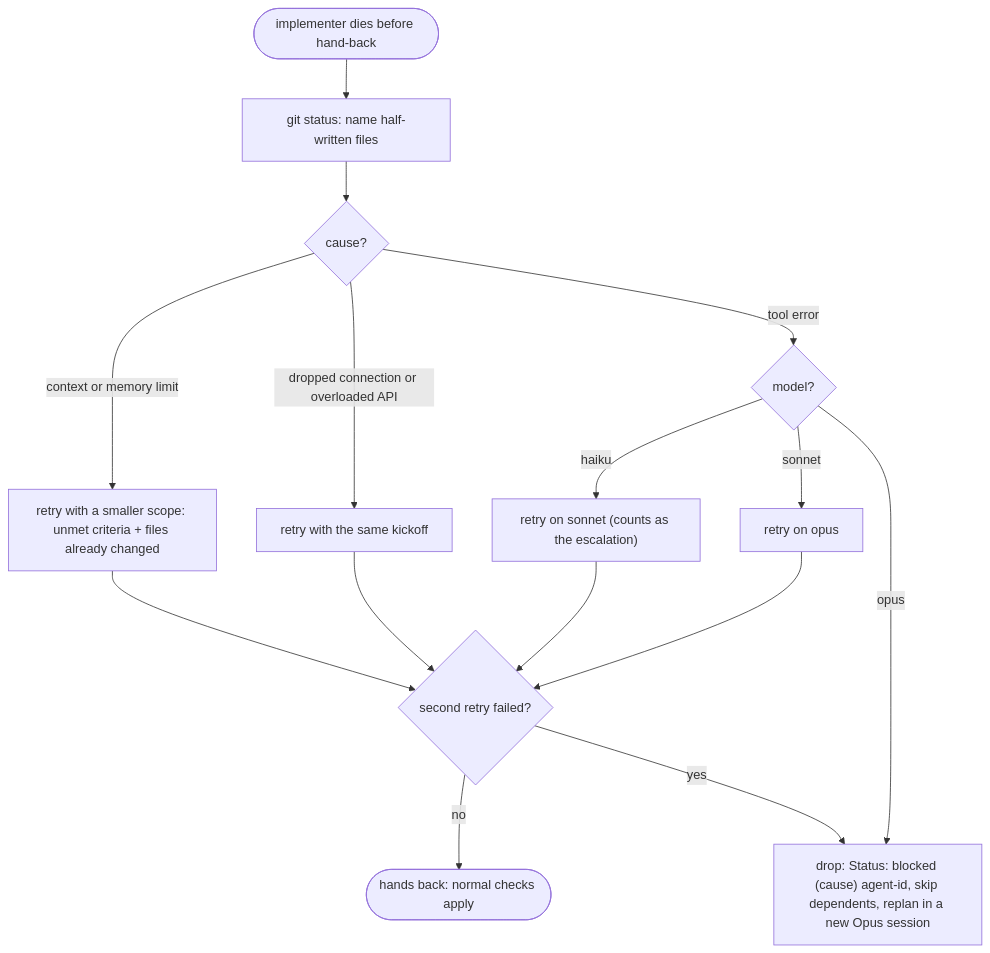
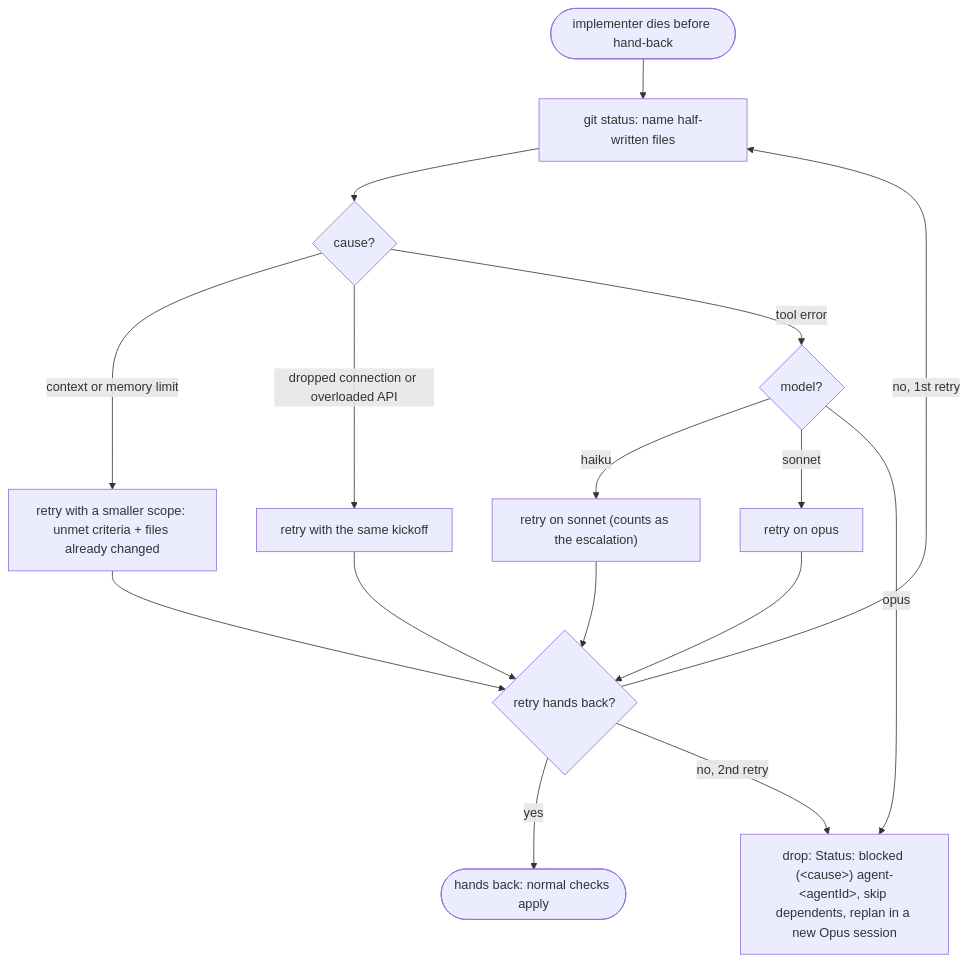
The third of 5 diagrams in README.md (minhhuy1201/hkirito), drawn with Mermaid before and after one commit.

Commit message:
docs: loop retry flowchart back to a second retry
- route a failed first retry back through git status
- keep the blocked record placeholders in the drop node

````diff
--- a/README.md
+++ b/README.md
@@ -162,17 +162,18 @@
 ```mermaid
 flowchart TD
     C(["implementer dies before hand-back"]) --> G["git status: name half-written files"]
     G --> K{"cause?"}
     K -->|"context or memory limit"| A["retry with a smaller scope: unmet criteria + files already changed"]
     K -->|"dropped connection or overloaded API"| B["retry with the same kickoff"]
     K -->|"tool error"| M{"model?"}
     M -->|haiku| M1["retry on sonnet (counts as the escalation)"]
     M -->|sonnet| M2["retry on opus"]
     M -->|opus| D
-    A --> N{"second retry failed?"}
-    B --> N
-    M1 --> N
-    M2 --> N
-    N -->|no| OK(["hands back: normal checks apply"])
-    N -->|yes| D["drop: Status: blocked (cause) agent-id, skip dependents, replan in a new Opus session"]
+    A --> R{"retry hands back?"}
+    B --> R
+    M1 --> R
+    M2 --> R
+    R -->|yes| OK(["hands back: normal checks apply"])
+    R -->|"no, 1st retry"| G
+    R -->|"no, 2nd retry"| D["drop: Status: blocked (#lt;cause#gt;) agent-#lt;agentId#gt;, skip dependents, replan in a new Opus session"]
 ```
````
